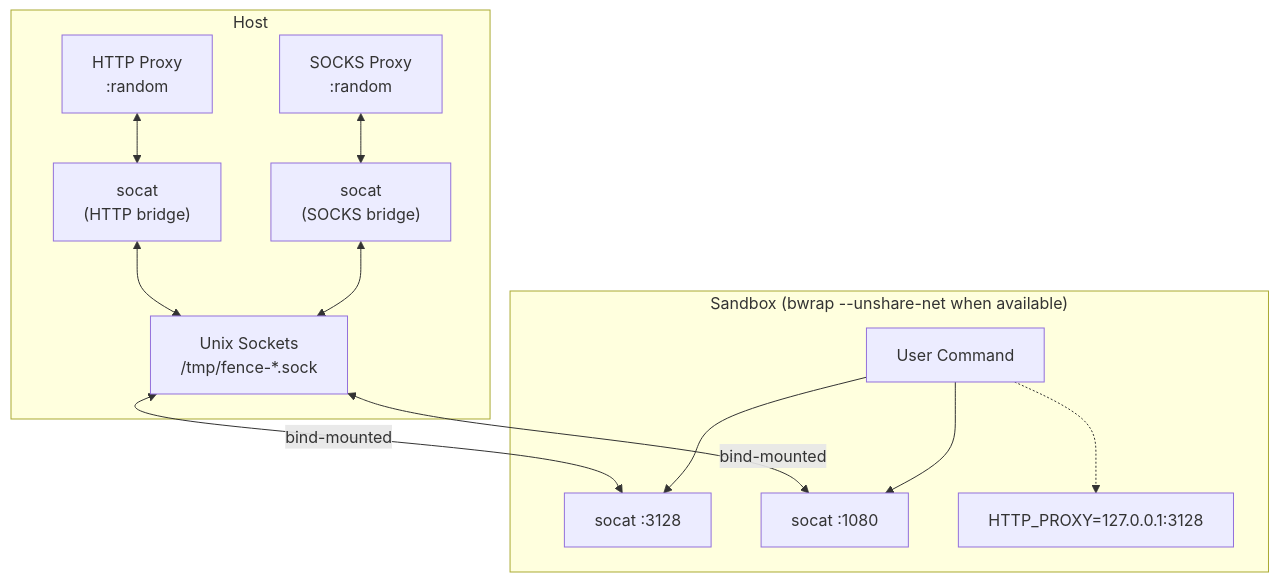
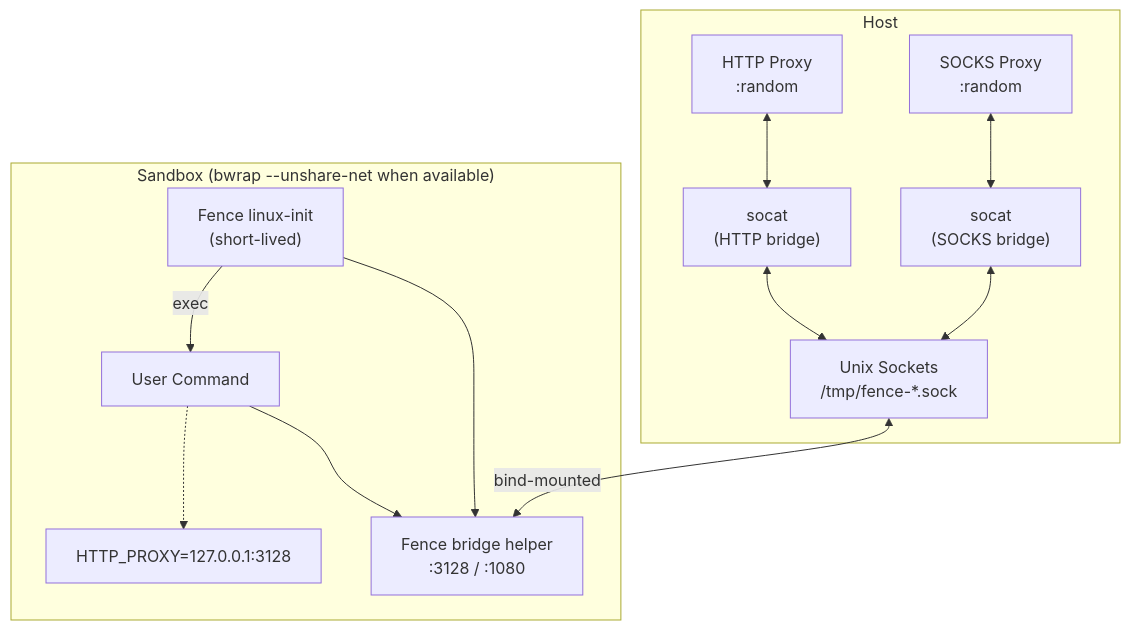
The third of 6 diagrams in ARCHITECTURE.md (Use-Tusk/fence), drawn with Mermaid before and after one commit. The commit also changed other lines of this file and 32 other files, not shown here.

````diff
--- a/ARCHITECTURE.md
+++ b/ARCHITECTURE.md
@@ -291,27 +291,27 @@
 ```mermaid
 flowchart TB
     subgraph Host
         HTTP["HTTP Proxy<br/>:random"]
         SOCKS["SOCKS Proxy<br/>:random"]
         HSOCAT["socat<br/>(HTTP bridge)"]
         SSOCAT["socat<br/>(SOCKS bridge)"]
         USOCK["Unix Sockets<br/>/tmp/fence-*.sock"]
     end
 
     subgraph Sandbox ["Sandbox (bwrap --unshare-net when available)"]
         CMD["User Command"]
-        ISOCAT["socat :3128"]
-        ISOCKS["socat :1080"]
+        INIT["Fence linux-init<br/>(short-lived)"]
+        BRIDGE["Fence bridge helper<br/>:3128 / :1080"]
         ENV2["HTTP_PROXY=127.0.0.1:3128"]
     end
 
     HTTP <--> HSOCAT
     SOCKS <--> SSOCAT
     HSOCAT <--> USOCK
     SSOCAT <--> USOCK
-    USOCK <-->|bind-mounted| ISOCAT
-    USOCK <-->|bind-mounted| ISOCKS
-    CMD --> ISOCAT
-    CMD --> ISOCKS
+    INIT --> BRIDGE
+    INIT -->|exec| CMD
+    USOCK <-->|bind-mounted| BRIDGE
+    CMD --> BRIDGE
     CMD -.-> ENV2
 ```
````
